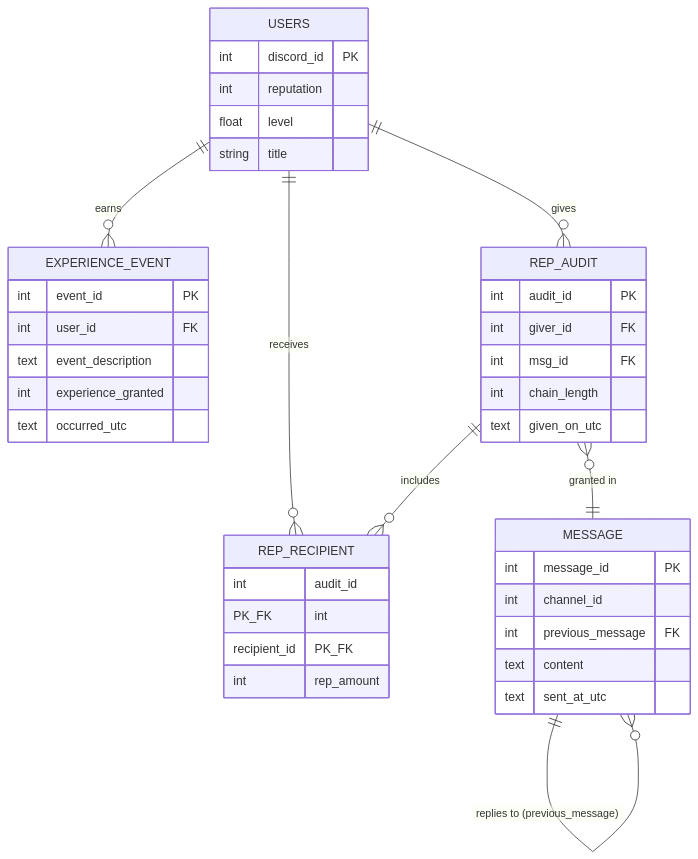
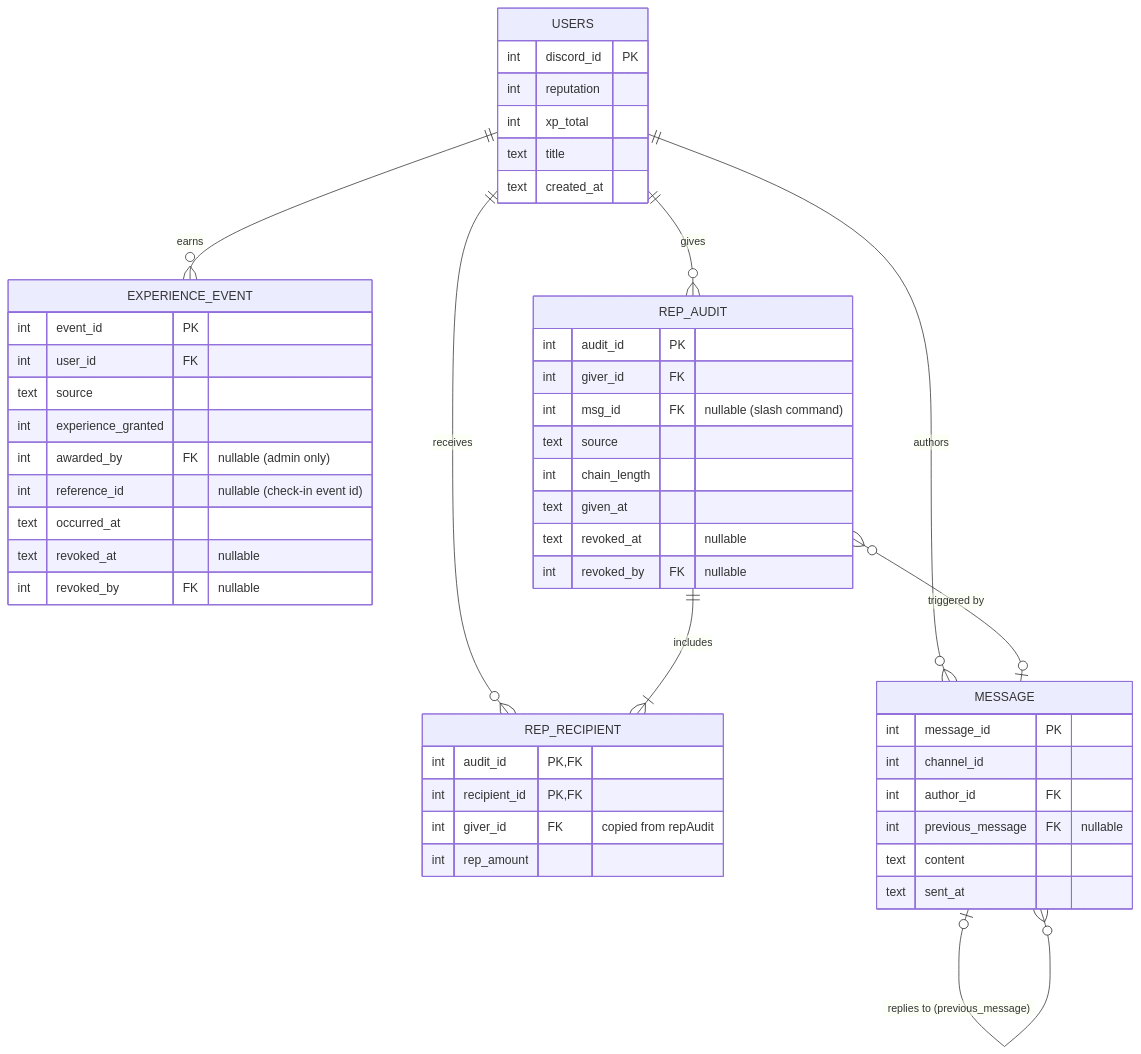
The diagram in docs/reputation-xp-schema.md (Oxidize-Mail/ferrum), drawn with Mermaid before and after one commit. The commit also changed other lines of this file and 1 other file, not shown here.

First line of the commit message:
docs: finalize reputation and XP schema decisions (#10)

````diff
--- a/docs/reputation-xp-schema.md
+++ b/docs/reputation-xp-schema.md
@@ -15,46 +60,57 @@
 ```mermaid
 erDiagram
     USERS ||--o{ EXPERIENCE_EVENT : earns
     USERS ||--o{ REP_AUDIT : gives
     USERS ||--o{ REP_RECIPIENT : receives
-    REP_AUDIT ||--o{ REP_RECIPIENT : includes
-    REP_AUDIT }o--|| MESSAGE : "granted in"
-    MESSAGE ||--o{ MESSAGE : "replies to (previous_message)"
+    USERS ||--o{ MESSAGE : authors
+    REP_AUDIT ||--|{ REP_RECIPIENT : includes
+    REP_AUDIT }o--o| MESSAGE : "triggered by"
+    MESSAGE |o--o{ MESSAGE : "replies to (previous_message)"
 
     USERS {
         int discord_id PK
         int reputation
-        float level
-        string title
+        int xp_total
+        text title
+        text created_at
     }
 
     REP_AUDIT {
         int audit_id PK
         int giver_id FK
-        int msg_id FK
+        int msg_id FK "nullable (slash command)"
+        text source
         int chain_length
-        text given_on_utc
+        text given_at
+        text revoked_at "nullable"
+        int revoked_by FK "nullable"
     }
 
     REP_RECIPIENT {
-        int audit_id PK_FK
-        int recipient_id PK_FK
+        int audit_id PK, FK
+        int recipient_id PK, FK
+        int giver_id FK "copied from repAudit"
         int rep_amount
     }
 
     MESSAGE {
         int message_id PK
         int channel_id
-        int previous_message FK
+        int author_id FK
+        int previous_message FK "nullable"
         text content
-        text sent_at_utc
+        text sent_at
     }
 
     EXPERIENCE_EVENT {
         int event_id PK
         int user_id FK
-        text event_description
+        text source
         int experience_granted
-        text occurred_utc
+        int awarded_by FK "nullable (admin only)"
+        int reference_id "nullable (check-in event id)"
+        text occurred_at
+        text revoked_at "nullable"
+        int revoked_by FK "nullable"
     }
 ```
````
